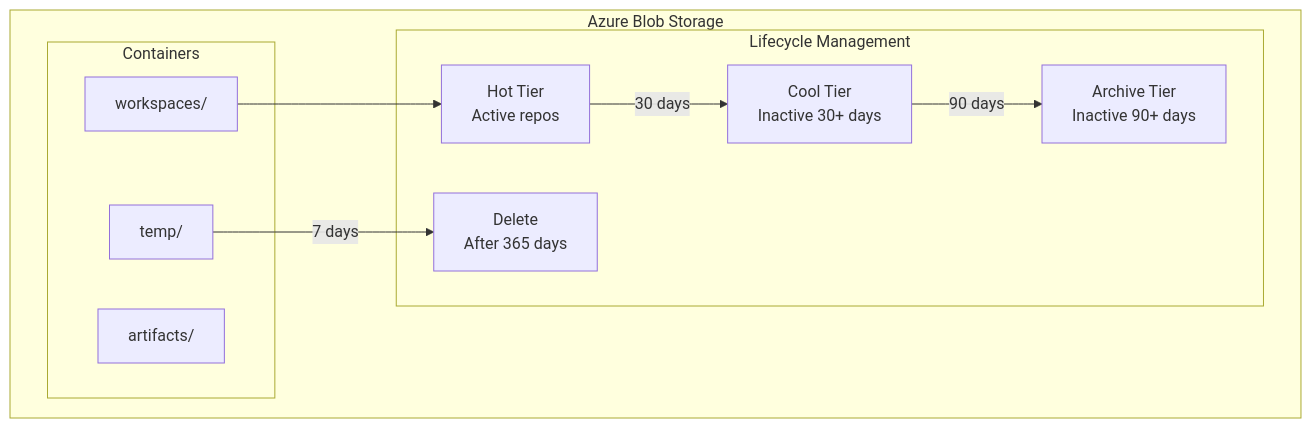
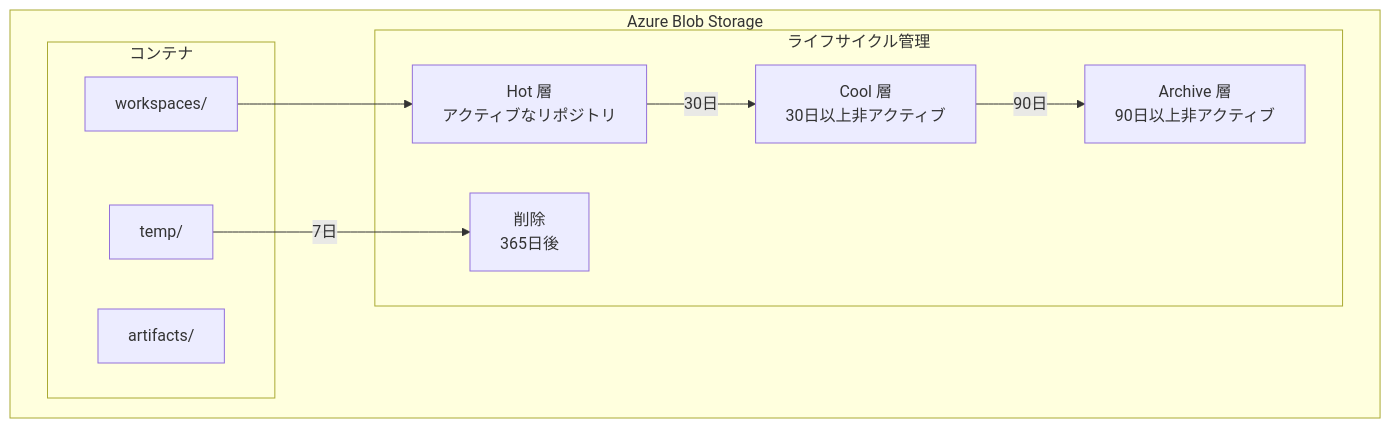
One commit to hampen2929/zloth changed the fourth of 16 diagrams in docs/azure_host_design.md. Above: the diagram before and after it, drawn with Mermaid. The commit also changed other lines of this file, not shown here.

````diff
--- a/docs/azure_host_design.md
+++ b/docs/azure_host_design.md
@@ -247,22 +247,22 @@
 ```mermaid
 flowchart TB
     subgraph BlobStorage["Azure Blob Storage"]
-        subgraph Containers["Containers"]
+        subgraph Containers["コンテナ"]
             Workspaces[workspaces/]
             Artifacts[artifacts/]
             Temp[temp/]
         end
 
-        subgraph Lifecycle["Lifecycle Management"]
-            Hot[Hot Tier<br/>Active repos]
-            Cool[Cool Tier<br/>Inactive 30+ days]
-            Archive[Archive Tier<br/>Inactive 90+ days]
-            Delete[Delete<br/>After 365 days]
+        subgraph Lifecycle["ライフサイクル管理"]
+            Hot[Hot 層<br/>アクティブなリポジトリ]
+            Cool[Cool 層<br/>30日以上非アクティブ]
+            Archive[Archive 層<br/>90日以上非アクティブ]
+            Delete[削除<br/>365日後]
         end
     end
 
     Workspaces --> Hot
-    Hot -->|30 days| Cool
-    Cool -->|90 days| Archive
-    Temp -->|7 days| Delete
+    Hot -->|30日| Cool
+    Cool -->|90日| Archive
+    Temp -->|7日| Delete
 ```
````
